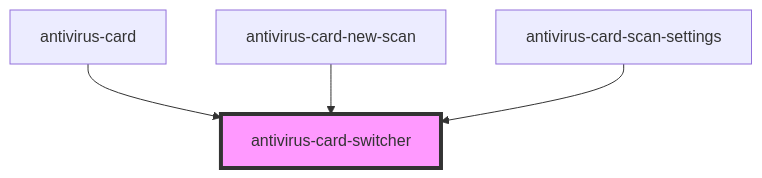
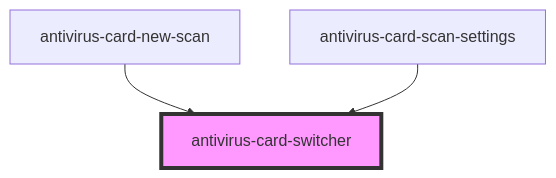
The diagram in client/packages/antivirus-card/src/components/switcher/readme.md (ispsystem/plugin-imunify), drawn with Mermaid before and after one commit. The commit also changed other lines of this file and 14 other files, not shown here.

First line of the commit message:
feat(antivirus-card): 🌟 get price list for pro version by market

````diff
--- a/client/packages/antivirus-card/src/components/switcher/readme.md
+++ b/client/packages/antivirus-card/src/components/switcher/readme.md
@@ -17,7 +16,6 @@
 ```mermaid
 graph TD;
-  antivirus-card --> antivirus-card-switcher
   antivirus-card-new-scan --> antivirus-card-switcher
   antivirus-card-scan-settings --> antivirus-card-switcher
   style antivirus-card-switcher fill:#f9f,stroke:#333,stroke-width:4px
 ```
````
